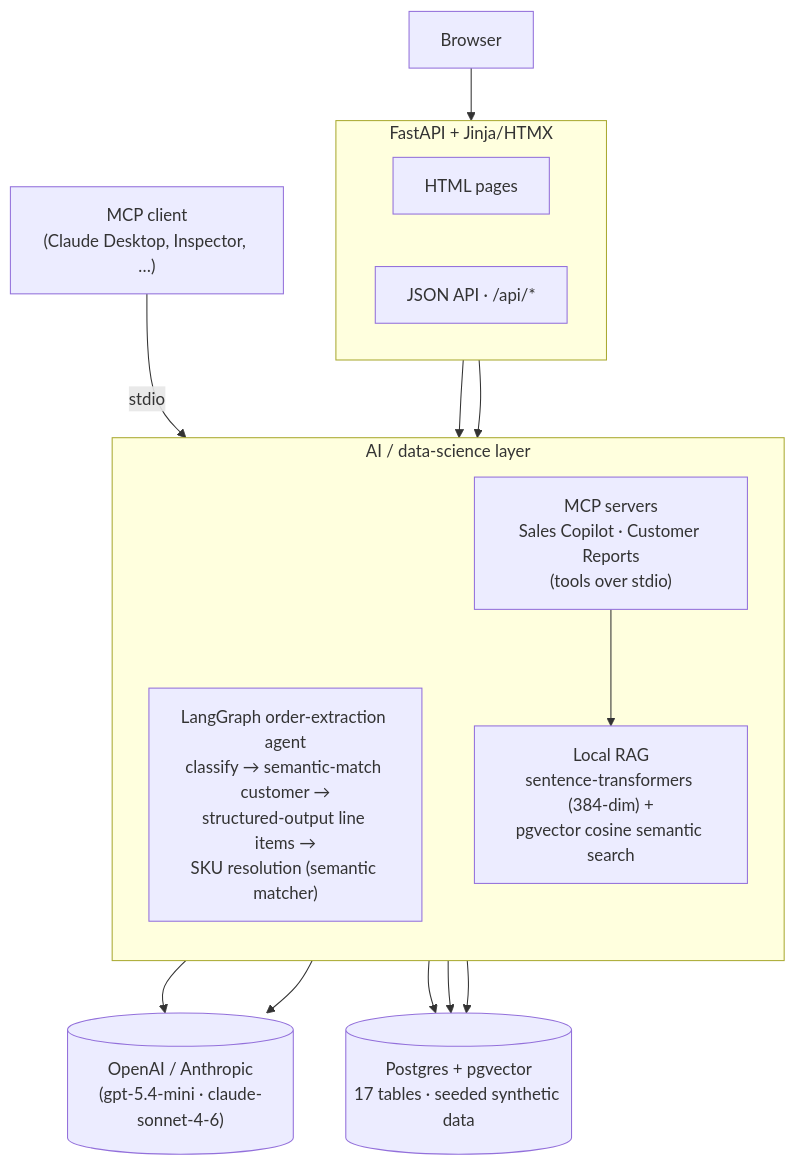
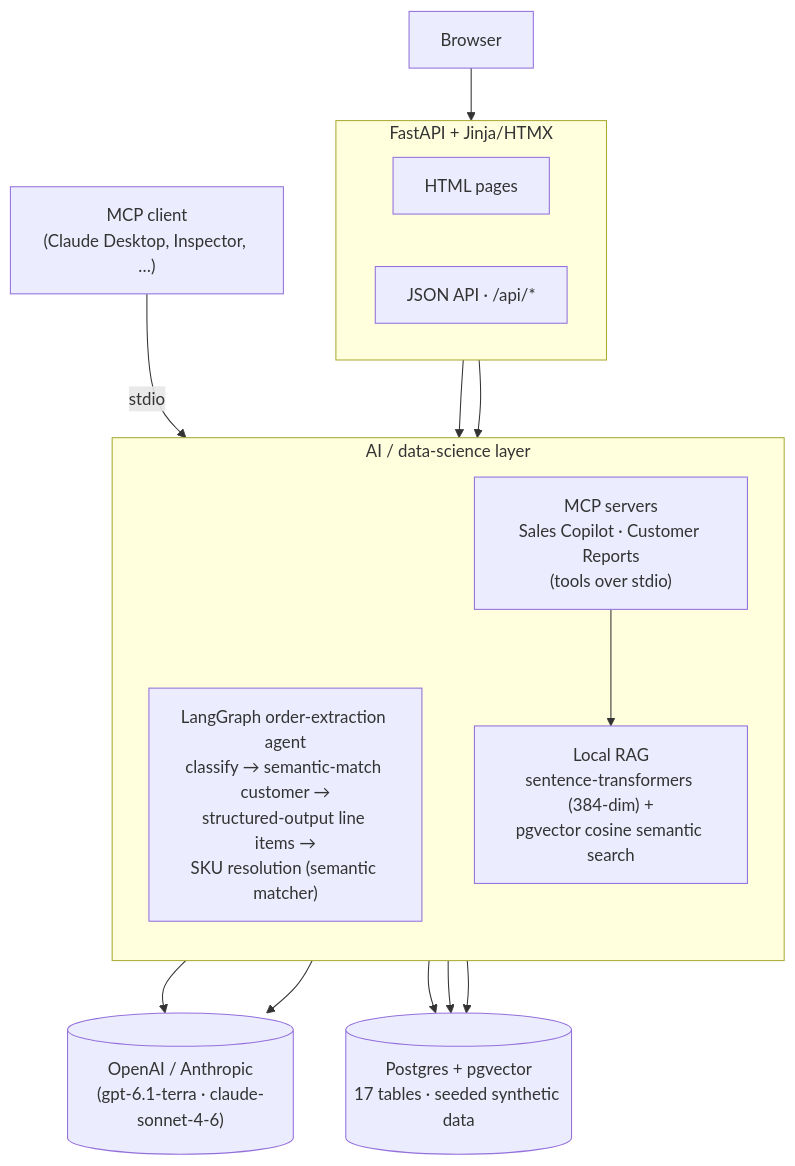
One commit to Thru-Echoes/agentic-waggle changed the diagram in README.md. Above: the diagram before and after it, drawn with Mermaid. The commit also changed other lines of this file and 11 other files, not shown here.

````diff
--- a/README.md
+++ b/README.md
@@ -110,32 +110,32 @@
 ```mermaid
 flowchart TB
     U1[Browser]
     U2["MCP client<br/>(Claude Desktop, Inspector, …)"]
 
     subgraph Web["FastAPI + Jinja/HTMX"]
       direction LR
       Pages[HTML pages]
       API["JSON API · /api/*"]
     end
 
     subgraph AI["AI / data-science layer"]
       direction TB
       Agent["LangGraph order-extraction agent<br/>classify → semantic-match customer →<br/>structured-output line items →<br/>SKU resolution (semantic matcher)"]
       RAG["Local RAG<br/>sentence-transformers (384-dim) +<br/>pgvector cosine semantic search"]
       MCP["MCP servers<br/>Sales Copilot · Customer Reports<br/>(tools over stdio)"]
     end
 
-    LLM[("OpenAI / Anthropic<br/>(gpt-5.4-mini · claude-sonnet-4-6)")]
+    LLM[("OpenAI / Anthropic<br/>(gpt-6.1-terra · claude-sonnet-4-6)")]
     DB[("Postgres + pgvector<br/>17 tables · seeded synthetic data")]
 
     U1 --> Web
     U2 -->|stdio| MCP
     Web --> Agent
     Web --> RAG
     Agent --> LLM
     Agent --> DB
     RAG --> DB
     MCP --> DB
     MCP --> RAG
     MCP --> LLM
 ```
````
